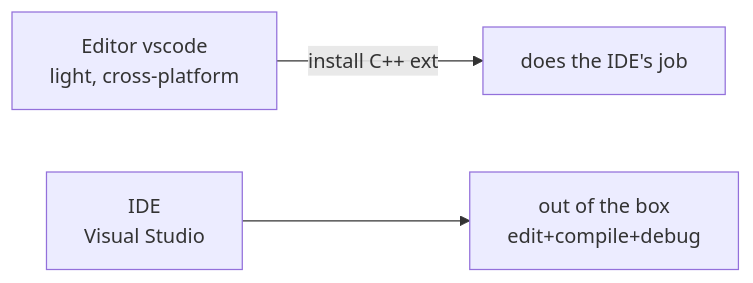
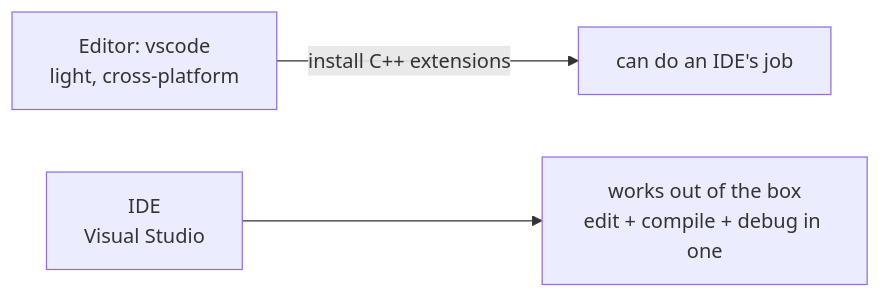
One commit to Awesome-Embedded-Learning-Studio/Tutorial_AwesomeModernCPP changed the first of 2 diagrams in documents/en/getting-started/01-editor-and-compiler.md. Above: the diagram before and after it, drawn with Mermaid. The commit also changed other lines of this file and 605 other files, not shown here.

````diff
--- a/documents/en/getting-started/01-editor-and-compiler.md
+++ b/documents/en/getting-started/01-editor-and-compiler.md
@@ -43,5 +51,5 @@
 ```mermaid
 flowchart LR
-    A["Editor vscode<br/>light, cross-platform"] -->|install C++ ext| B["does the IDE's job"]
-    C["IDE<br/>Visual Studio"] --> D["out of the box<br/>edit+compile+debug"]
+    A["Editor: vscode<br/>light, cross-platform"] -->|install C++ extensions| B["can do an IDE's job"]
+    C["IDE<br/>Visual Studio"] --> D["works out of the box<br/>edit + compile + debug in one"]
 ```
````
